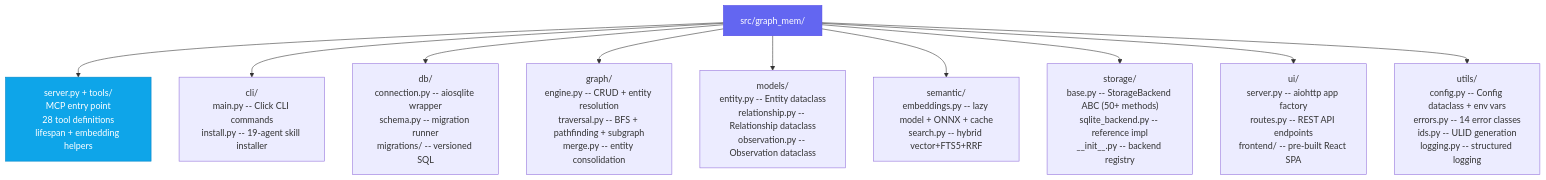
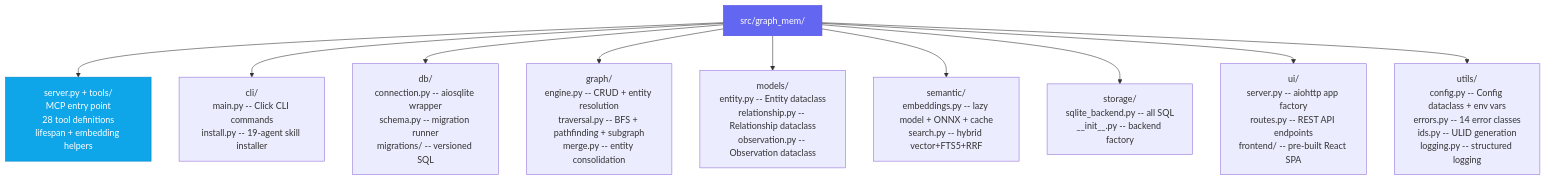
The eighth of 10 diagrams in how-it-works.md (Sathvik-1007/GraphMem-MCP), drawn with Mermaid before and after one commit. The commit also changed other lines of this file and 5 other files, not shown here.

````diff
--- a/how-it-works.md
+++ b/how-it-works.md
@@ -292,27 +327,27 @@
 ```mermaid
 graph TD
     Root["src/graph_mem/"]
 
     Entry["server.py + tools/<br/>MCP entry point<br/>28 tool definitions<br/>lifespan + embedding helpers"]
     CLI["cli/<br/>main.py -- Click CLI commands<br/>install.py -- 19-agent skill installer"]
     DB["db/<br/>connection.py -- aiosqlite wrapper<br/>schema.py -- migration runner<br/>migrations/ -- versioned SQL"]
     GraphMod["graph/<br/>engine.py -- CRUD + entity resolution<br/>traversal.py -- BFS + pathfinding + subgraph<br/>merge.py -- entity consolidation"]
     Models["models/<br/>entity.py -- Entity dataclass<br/>relationship.py -- Relationship dataclass<br/>observation.py -- Observation dataclass"]
     SemanticMod["semantic/<br/>embeddings.py -- lazy model + ONNX + cache<br/>search.py -- hybrid vector+FTS5+RRF"]
-    StorageMod["storage/<br/>base.py -- StorageBackend ABC (50+ methods)<br/>sqlite_backend.py -- reference impl<br/>__init__.py -- backend registry"]
+    StorageMod["storage/<br/>sqlite_backend.py -- all SQL<br/>__init__.py -- backend factory"]
     UIMod["ui/<br/>server.py -- aiohttp app factory<br/>routes.py -- REST API endpoints<br/>frontend/ -- pre-built React SPA"]
     Utils["utils/<br/>config.py -- Config dataclass + env vars<br/>errors.py -- 14 error classes<br/>ids.py -- ULID generation<br/>logging.py -- structured logging"]
 
     Root --> Entry
     Root --> CLI
     Root --> DB
     Root --> GraphMod
     Root --> Models
     Root --> SemanticMod
     Root --> StorageMod
     Root --> UIMod
     Root --> Utils
 
     style Root fill:#6366f1,stroke:#4f46e5,color:#fff
     style Entry fill:#0ea5e9,stroke:#0284c7,color:#fff
 ```
````
